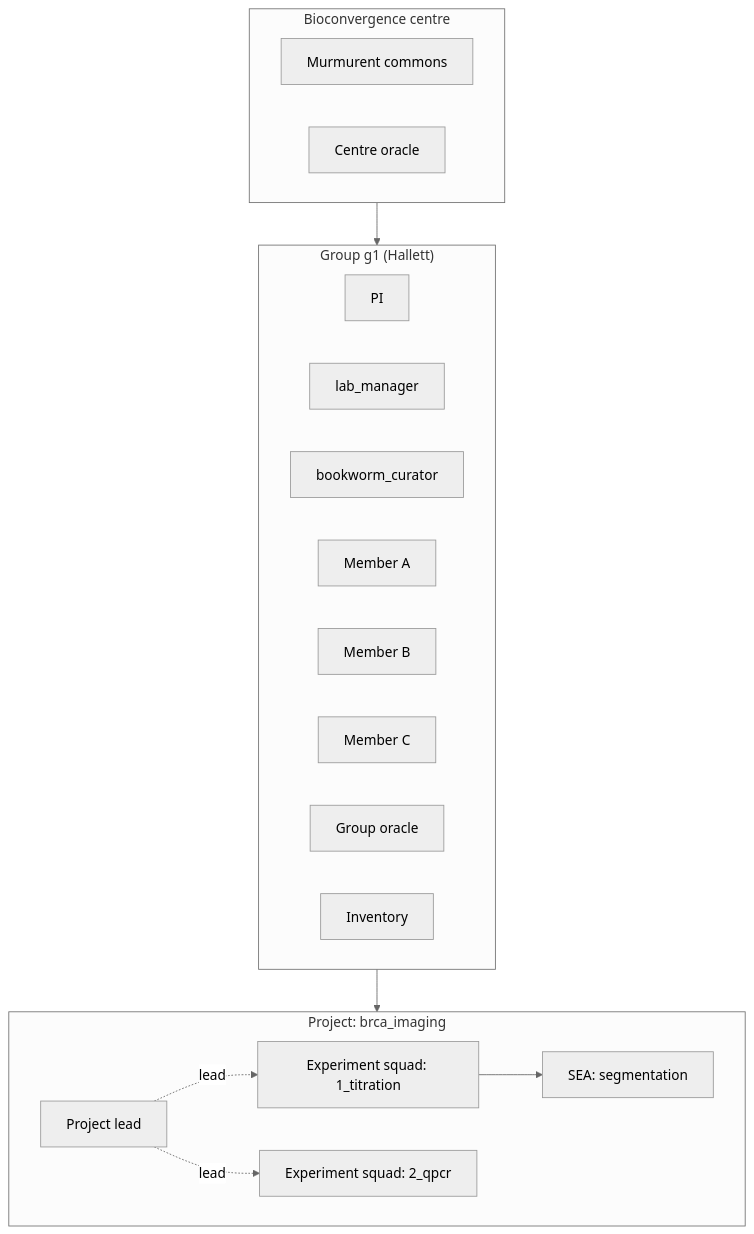
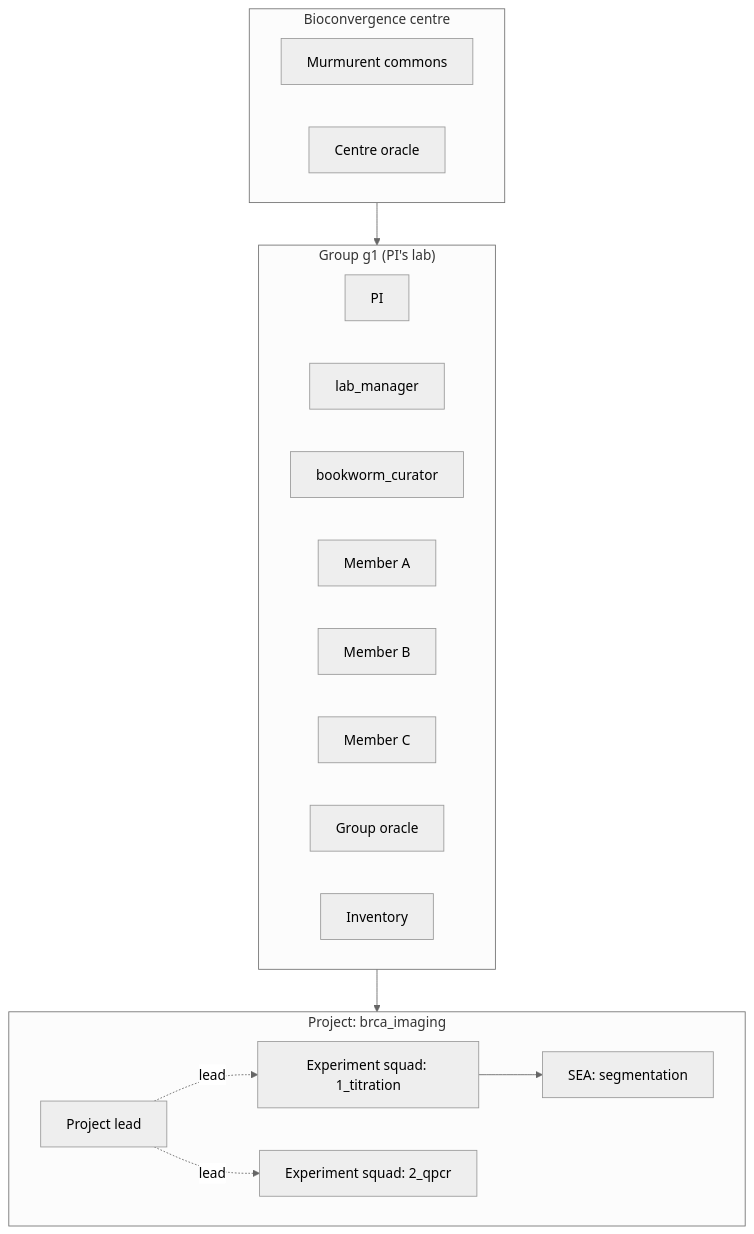
Before and after one commit to hallettmiket/murmurent: the first of 7 diagrams in docs/diagrams.md, drawn with Mermaid (neutral theme). The commit also changed 33 other files, not shown here.

````diff
--- a/docs/diagrams.md
+++ b/docs/diagrams.md
@@ -16,28 +16,28 @@
 ```mermaid
 graph TB
     subgraph CENTRE["Bioconvergence centre"]
         WC[Murmurent commons]
         OR[Centre oracle]
     end
-    subgraph G1["Group g1 (Hallett)"]
+    subgraph G1["Group g1 (PI's lab)"]
         PI1[PI]
         LM1[lab_manager]
         BC1[bookworm_curator]
         M1[Member A]
         M2[Member B]
         M3[Member C]
         ORG1[Group oracle]
         INV1[Inventory]
     end
     subgraph PROJ["Project: brca_imaging"]
         LEAD[Project lead]
         EN1[Experiment squad: 1_titration]
         EN2[Experiment squad: 2_qpcr]
         SEA1[SEA: segmentation]
     end
     CENTRE --> G1
     G1 --> PROJ
     LEAD -.lead.-> EN1
     LEAD -.lead.-> EN2
     EN1 --> SEA1
 ```
````
